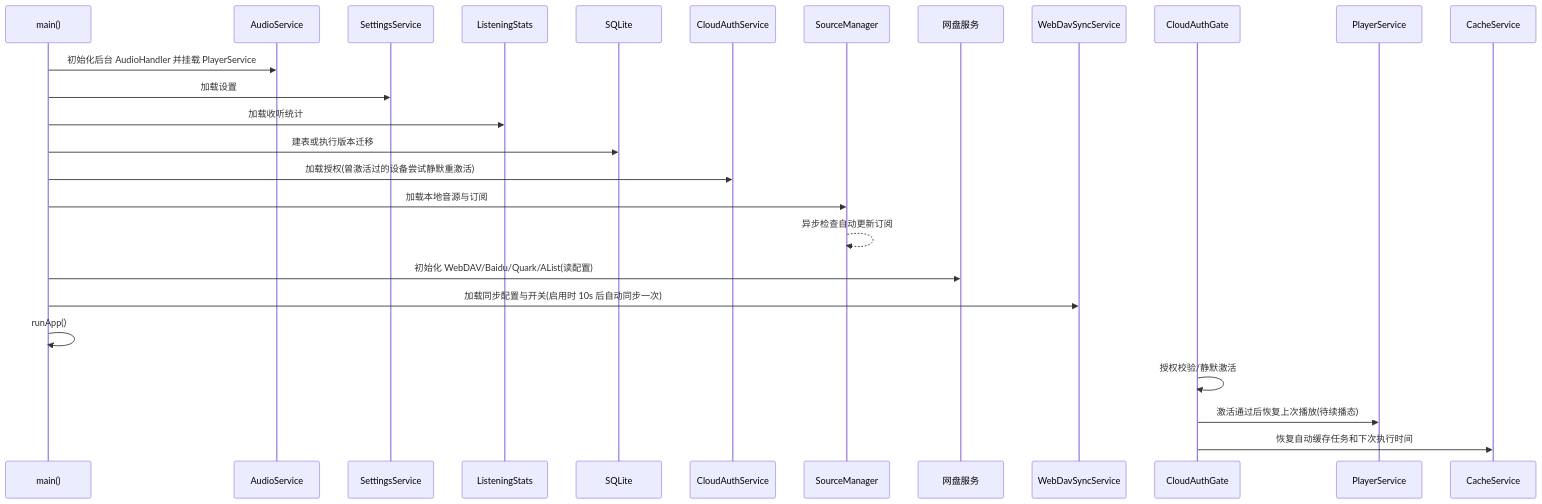
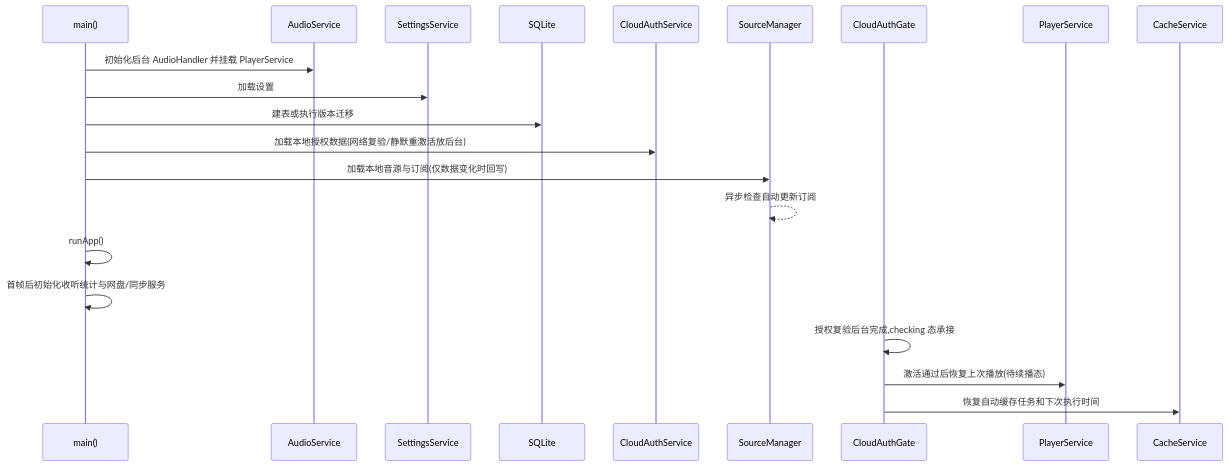
The second of 4 diagrams in docs/软件架构.md (Skorxa/tingshu-flutter-release), drawn with Mermaid before and after one commit. The commit also changed other lines of this file and 5 other files, not shown here.

````diff
--- a/docs/软件架构.md
+++ b/docs/软件架构.md
@@ -134,29 +134,24 @@
 ```mermaid
 sequenceDiagram
     participant App as main()
     participant Audio as AudioService
     participant Settings as SettingsService
-    participant Stats as ListeningStats
     participant DB as SQLite
     participant Auth as CloudAuthService
     participant Sources as SourceManager
-    participant Cloud as 网盘服务
-    participant Sync as WebDavSyncService
     participant Gate as CloudAuthGate
     participant Player as PlayerService
     participant Cache as CacheService
 
     App->>Audio: 初始化后台 AudioHandler 并挂载 PlayerService
     App->>Settings: 加载设置
-    App->>Stats: 加载收听统计
     App->>DB: 建表或执行版本迁移
-    App->>Auth: 加载授权(曾激活过的设备尝试静默重激活)
-    App->>Sources: 加载本地音源与订阅
+    App->>Auth: 加载本地授权数据(网络复验/静默重激活放后台)
+    App->>Sources: 加载本地音源与订阅(仅数据变化时回写)
     Sources-->>Sources: 异步检查自动更新订阅
-    App->>Cloud: 初始化 WebDAV/Baidu/Quark/AList(读配置)
-    App->>Sync: 加载同步配置与开关(启用时 10s 后自动同步一次)
     App->>App: runApp()
-    Gate->>Gate: 授权校验/静默激活
+    App->>App: 首帧后初始化收听统计与网盘/同步服务
+    Gate->>Gate: 授权复验后台完成,checking 态承接
     Gate->>Player: 激活通过后恢复上次播放(待续播态)
     Gate->>Cache: 恢复自动缓存任务和下次执行时间
 ```
````
